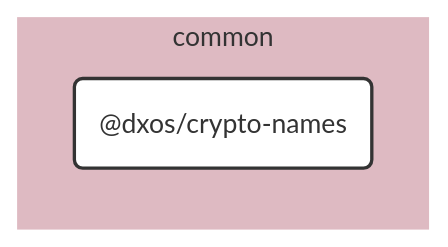
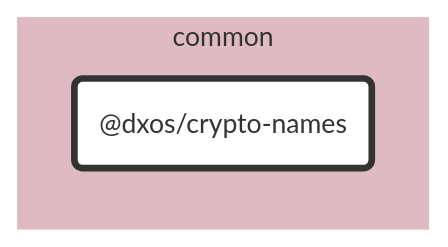
Before and after one commit to dxos/dxos: the diagram in packages/common/crypto-names/docs/README.md, drawn with Mermaid. The commit also changed 683 other files, not shown here.

````diff
--- a/packages/common/crypto-names/docs/README.md
+++ b/packages/common/crypto-names/docs/README.md
@@ -7,25 +7,20 @@
 ```mermaid
 %%{ init: {'flowchart':{'curve':'basis'}} }%%
 
 flowchart LR
 
-%% Links
+%% Classes
+classDef def fill:#fff,stroke:#333,stroke-width:1px
+classDef root fill:#fff,stroke:#333,stroke-width:4px
 
-%% Sections
-subgraph common
-  style common fill:#debac2,stroke:#fff;
+%% Nodes
 
-  dxos/crypto-names("@dxos/crypto-names")
+subgraph common [common]
+  style common fill:#debac2,stroke:#fff
+  dxos/crypto-names("@dxos/crypto-names"):::root
+  click dxos/crypto-names "dxos/dxos/tree/main/packages/common/crypto-names/docs"
 end
 
-
-%% Hyperlinks
-
-%% Styles
-classDef rootNode fill:#fff,stroke:#333,stroke-width:2px
-classDef defaultNode fill:#fff,stroke:#333,stroke-width:1px
+%% Links
 linkStyle default stroke:#333,stroke-width:1px
-
-dxos/crypto-names:::rootNode
-
 ```
````
